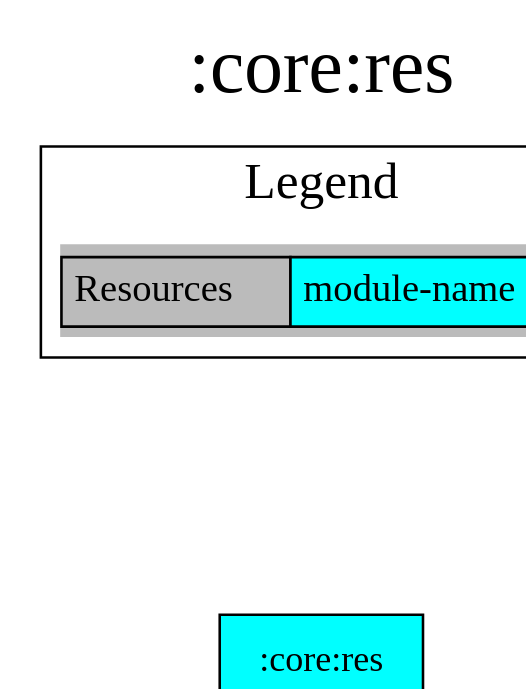
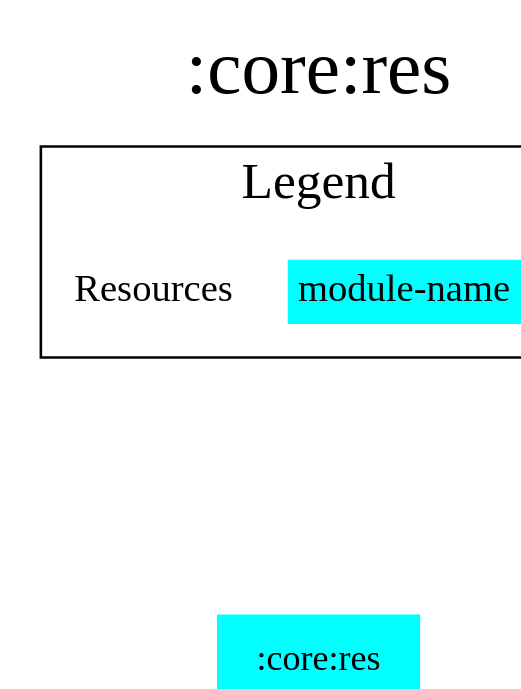
One commit to jonapoul/aktual changed the diagram in modules/core/res/project-dependency-graph.dot. Above: the diagram before and after it, drawn with Graphviz. The commit also changed 117 other files, not shown here.

Commit message:
Reworked diagrams plugin a bit

```diff
--- a/modules/core/res/project-dependency-graph.dot
+++ b/modules/core/res/project-dependency-graph.dot
@@ -1,20 +1,20 @@
 digraph {
 edge ["dir"="forward"]
 graph ["dpi"="100","label"=":core:res","labelloc"="t","fontsize"="30","ranksep"="1.5","rankdir"="TB"]
 node ["style"="filled"]
-":core:res" ["shape"="box","fillcolor"="#00FFFF"]
+":core:res" ["shape"="none","fillcolor"="#00FFFF"]
 {
 edge ["dir"="none"]
 graph ["rank"="same"]
 ":core:res"
 }
 subgraph "cluster_legend" {
 edge ["dir"="none"]
 graph ["label"="Legend","fontsize"="20"]
-"Legend" ["style"="filled","fillcolor"="#bbbbbb","shape"="none","margin"="0","fontsize"="15","label"=<
-<TABLE BORDER="0" CELLBORDER="1" CELLSPACING="0" CELLPADDING="4">
+"Legend" ["style"="filled","fillcolor"="#FFFFFF","shape"="none","margin"="0","fontsize"="15","label"=<
+<TABLE BORDER="0" CELLBORDER="0" CELLSPACING="0" CELLPADDING="4">
 <TR><TD>Resources</TD><TD BGCOLOR="#00FFFF">module-name</TD></TR>
 </TABLE>
 >]
 } -> ":core:res" ["style"="invis"]
 }
```
